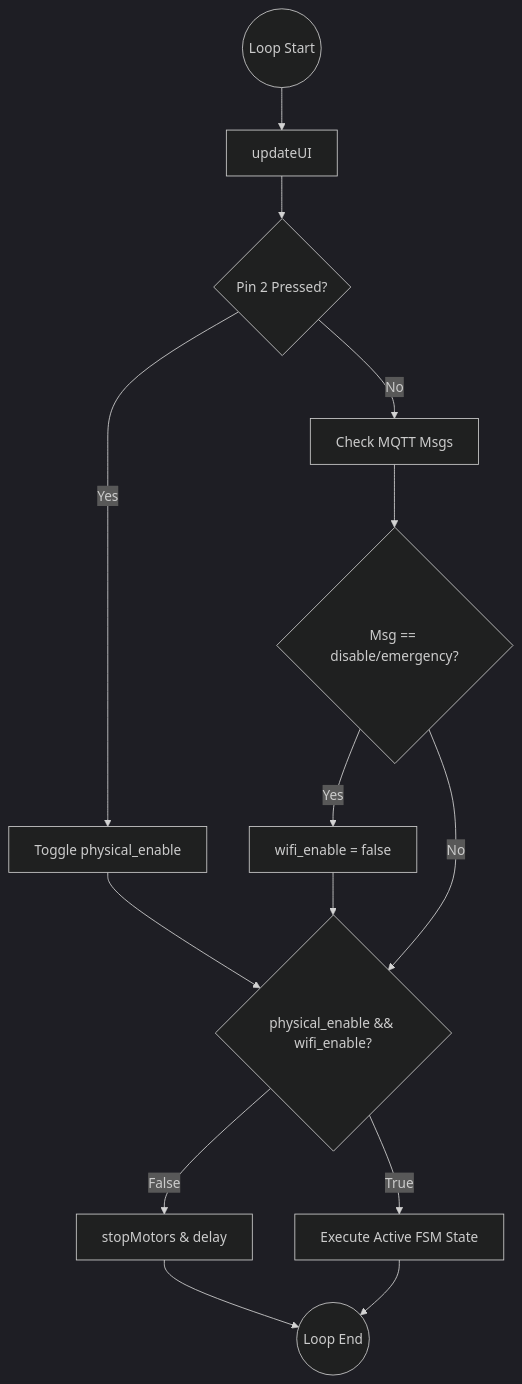
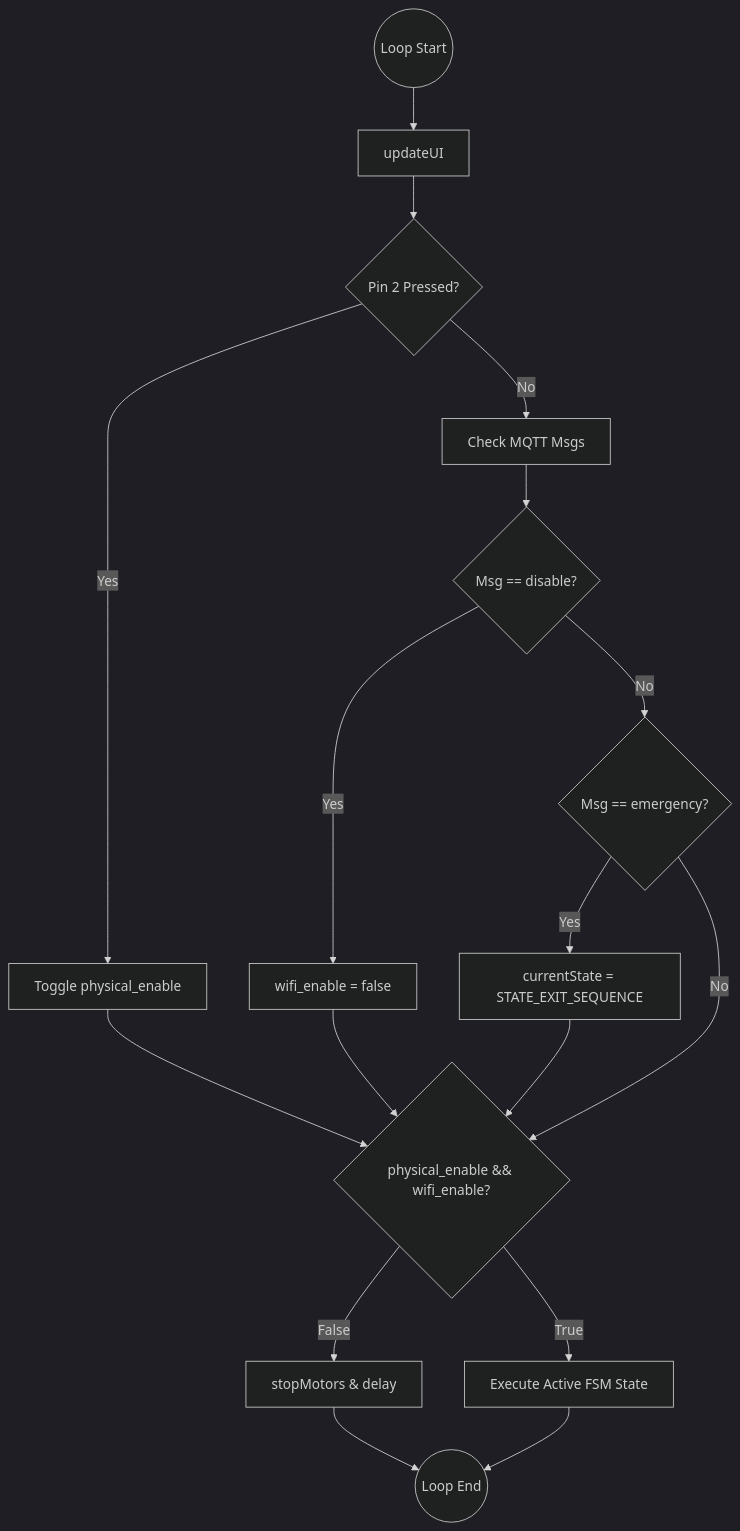
Before and after one commit to RobotsAndAryan/Robotics_Challenge_Team13: the second of 4 diagrams in README.md, drawn with Mermaid (dark theme). The commit also changed other lines of this file, not shown here.

````diff
--- a/README.md
+++ b/README.md
@@ -89,20 +89,25 @@
 ```mermaid
 flowchart TD
     Start((Loop Start)) --> UI[updateUI]
     UI --> HardwareCheck{Pin 2 Pressed?}
     HardwareCheck -->|Yes| ToggleHW[Toggle physical_enable]
     HardwareCheck -->|No| NetCheck[Check MQTT Msgs]
     
-    NetCheck --> ServerCheck{Msg == disable/emergency?}
-    ServerCheck -->|Yes| ToggleNet[wifi_enable = false]
-    ServerCheck -->|No| Eval{physical_enable && wifi_enable?}
+    NetCheck --> ServerKill{Msg == disable?}
+    ServerKill -->|Yes| ToggleNet[wifi_enable = false]
+    
+    ServerKill -->|No| ServerEmerg{Msg == emergency?}
+    ServerEmerg -->|Yes| TriggerExit[currentState = STATE_EXIT_SEQUENCE]
+    
+    ServerEmerg -->|No| Eval{physical_enable && wifi_enable?}
     
     ToggleHW --> Eval
     ToggleNet --> Eval
+    TriggerExit --> Eval
     
     Eval -->|False| Stop[stopMotors & delay]
     Eval -->|True| FSM[Execute Active FSM State]
     
     Stop --> End((Loop End))
     FSM --> End
 ```
````
